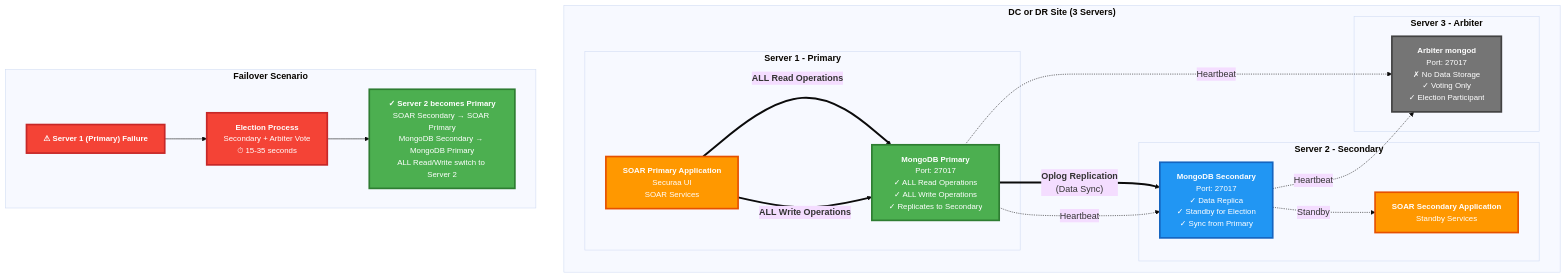
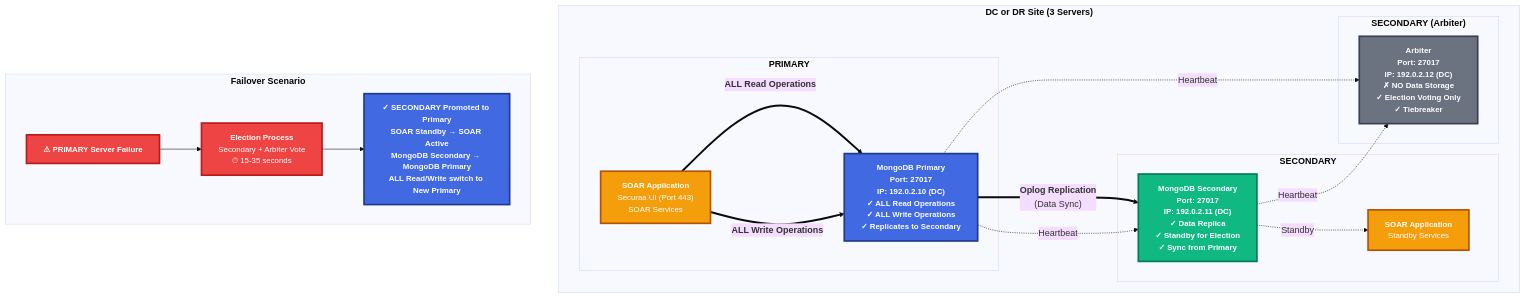
One commit to Vishwa0220/customers-docs changed the second of 11 diagrams in HA_DR_Architecture_Documentation_dt.md. Above: the diagram before and after it, drawn with Mermaid (base theme). The commit also changed other lines of this file, not shown here.

````diff
--- a/HA_DR_Architecture_Documentation_dt.md
+++ b/HA_DR_Architecture_Documentation_dt.md
@@ -99,49 +113,49 @@
 ```mermaid
 graph TB
     subgraph SITE["<b>DC or DR Site (3 Servers)</b>"]
-        subgraph SERVER1["<b>Server 1 - Primary</b>"]
-            PRIMARY["<b>MongoDB Primary</b><br/>Port: 27017<br/>✓ ALL Read Operations<br/>✓ ALL Write Operations<br/>✓ Replicates to Secondary"]
-            SOAR_PRI["<b>SOAR Primary Application</b><br/>Securaa UI<br/>SOAR Services"]
+        subgraph SERVER1["<b>PRIMARY</b>"]
+            PRIMARY["<b>MongoDB Primary</b><br/>Port: 27017<br/>IP: 192.0.2.10 (DC)<br/>✓ ALL Read Operations<br/>✓ ALL Write Operations<br/>✓ Replicates to Secondary"]
+            SOAR_PRI["<b>SOAR Application</b><br/>Securaa UI (Port 443)<br/>SOAR Services"]
         end
         
-        subgraph SERVER2["<b>Server 2 - Secondary</b>"]
-            SECONDARY["<b>MongoDB Secondary</b><br/>Port: 27017<br/>✓ Data Replica<br/>✓ Standby for Election<br/>✓ Sync from Primary"]
-            SOAR_SEC["<b>SOAR Secondary Application</b><br/>Standby Services"]
+        subgraph SERVER2["<b>SECONDARY</b>"]
+            SECONDARY1["<b>MongoDB Secondary</b><br/>Port: 27017<br/>IP: 192.0.2.11 (DC)<br/>✓ Data Replica<br/>✓ Standby for Election<br/>✓ Sync from Primary"]
+            SOAR_SEC1["<b>SOAR Application</b><br/>Standby Services"]
         end
         
-        subgraph SERVER3["<b>Server 3 - Arbiter</b>"]
-            ARBITER["<b>Arbiter mongod</b><br/>Port: 27017<br/>✗ No Data Storage<br/>✓ Voting Only<br/>✓ Election Participant"]
+        subgraph SERVER3["<b>SECONDARY (Arbiter)</b>"]
+            ARBITER["<b>Arbiter</b><br/>Port: 27017<br/>IP: 192.0.2.12 (DC)<br/>✗ NO Data Storage<br/>✓ Election Voting Only<br/>✓ Tiebreaker"]
         end
         
         SOAR_PRI ==>|"<b>ALL Read Operations</b>"| PRIMARY
         SOAR_PRI ==>|"<b>ALL Write Operations</b>"| PRIMARY
         
-        PRIMARY ==>|"<b>Oplog Replication</b><br/>(Data Sync)"| SECONDARY
-        PRIMARY -.->|"Heartbeat"| SECONDARY
+        PRIMARY ==>|"<b>Oplog Replication</b><br/>(Data Sync)"| SECONDARY1
+        PRIMARY -.->|"Heartbeat"| SECONDARY1
         PRIMARY -.->|"Heartbeat"| ARBITER
-        SECONDARY -.->|"Heartbeat"| ARBITER
+        SECONDARY1 -.->|"Heartbeat"| ARBITER
         
-        SECONDARY -.->|"Standby"| SOAR_SEC
+        SECONDARY1 -.->|"Standby"| SOAR_SEC1
     end
     
     subgraph FAILOVER["<b>Failover Scenario</b>"]
-        FAIL["<b>⚠ Server 1 (Primary) Failure</b>"]
+        FAIL["<b>⚠ PRIMARY Server Failure</b>"]
         ELECT["<b>Election Process</b><br/>Secondary + Arbiter Vote<br/>⏱ 15-35 seconds"]
-        NEWPRIMARY["<b>✓ Server 2 becomes Primary</b><br/>SOAR Secondary → SOAR Primary<br/>MongoDB Secondary → MongoDB Primary<br/>ALL Read/Write switch to Server 2"]
+        NEWPRIMARY["<b>✓ SECONDARY Promoted to Primary</b><br/>SOAR Standby → SOAR Active<br/>MongoDB Secondary → MongoDB Primary<br/>ALL Read/Write switch to New Primary"]
         
         FAIL --> ELECT
         ELECT --> NEWPRIMARY
     end
     
-    classDef primaryStyle fill:#4CAF50,stroke:#2e7d32,stroke-width:3px,color:#fff,font-size:14px
-    classDef secondaryStyle fill:#2196F3,stroke:#1565c0,stroke-width:3px,color:#fff,font-size:14px
-    classDef arbiterStyle fill:#757575,stroke:#424242,stroke-width:3px,color:#fff,font-size:14px
-    classDef soarStyle fill:#FF9800,stroke:#e65100,stroke-width:3px,color:#fff,font-size:14px
-    classDef failoverStyle fill:#f44336,stroke:#c62828,stroke-width:3px,color:#fff,font-size:14px
+    classDef primaryStyle fill:#4169e1,stroke:#1e3a8a,stroke-width:3px,color:#fff,font-size:14px,font-weight:bold
+    classDef secondaryStyle fill:#10b981,stroke:#047857,stroke-width:3px,color:#fff,font-size:14px,font-weight:bold
+    classDef arbiterStyle fill:#6b7280,stroke:#374151,stroke-width:3px,color:#fff,font-size:14px,font-weight:bold
+    classDef soarStyle fill:#f59e0b,stroke:#b45309,stroke-width:3px,color:#fff,font-size:14px
+    classDef failoverStyle fill:#ef4444,stroke:#b91c1c,stroke-width:3px,color:#fff,font-size:14px
     
     class PRIMARY,NEWPRIMARY primaryStyle
-    class SECONDARY secondaryStyle
+    class SECONDARY1 secondaryStyle
     class ARBITER arbiterStyle
-    class SOAR_PRI,SOAR_SEC soarStyle
+    class SOAR_PRI,SOAR_SEC1 soarStyle
     class FAIL,ELECT failoverStyle
 ```
````
